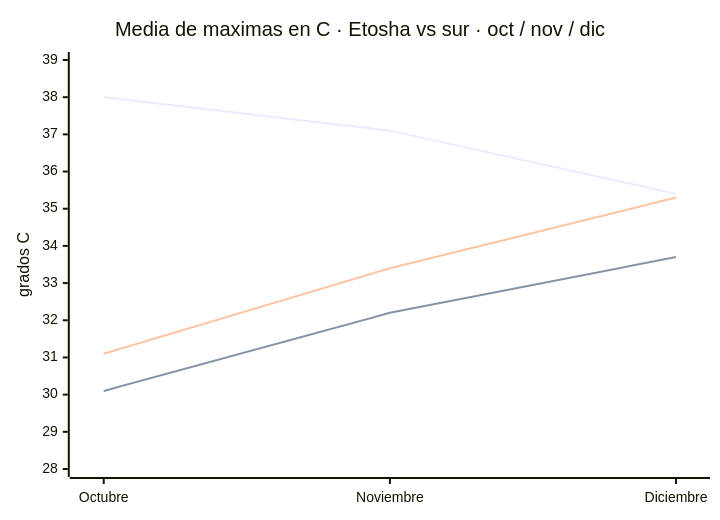
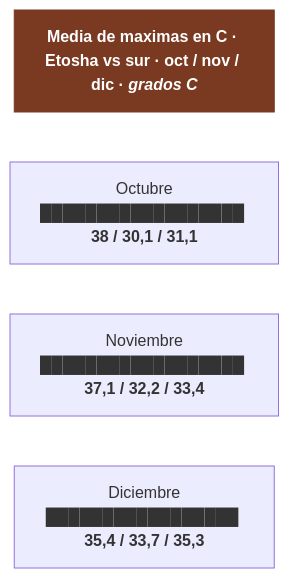
The first of 7 diagrams in 08-huecos-cerrados.md (morandeirachema/namibia), drawn with Mermaid before and after one commit. The commit also changed other lines of this file and 9 other files, not shown here.

Commit message:
Cambiar los 23 graficos xychart-beta por barras de flowchart: GitHub no renderiza los tipos beta de Mermaid

````diff
--- a/08-huecos-cerrados.md
+++ b/08-huecos-cerrados.md
@@ -28,9 +28,11 @@
 ```mermaid
-xychart-beta
-    title "Media de maximas en C · Etosha vs sur · oct / nov / dic"
-    x-axis ["Octubre", "Noviembre", "Diciembre"]
-    y-axis "grados C" 28 --> 39
-    line [38.0, 37.1, 35.4]
-    line [30.1, 32.2, 33.7]
-    line [31.1, 33.4, 35.3]
+flowchart TD
+    T["<b>Media de maximas en C · Etosha vs sur · oct / nov / dic · <i>grados C</i></b>"]
+    n0["Octubre<br/>██████████████████ <b>38 / 30,1 / 31,1</b>"]
+    n1["Noviembre<br/>██████████████████ <b>37,1 / 32,2 / 33,4</b>"]
+    n2["Diciembre<br/>█████████████████ <b>35,4 / 33,7 / 35,3</b>"]
+    T ~~~ n0
+    n0 ~~~ n1
+    n1 ~~~ n2
+    style T fill:#7a3a22,color:#fff,stroke:#7a3a22
 ```
````
